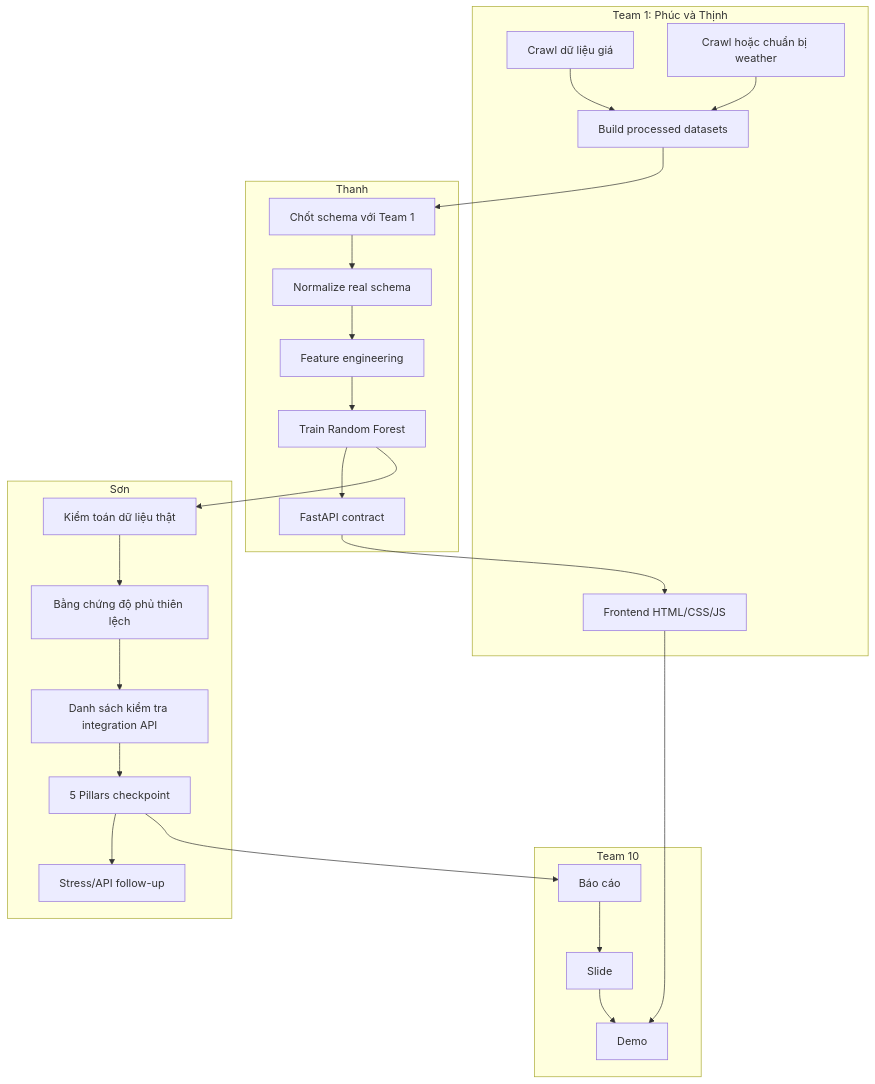
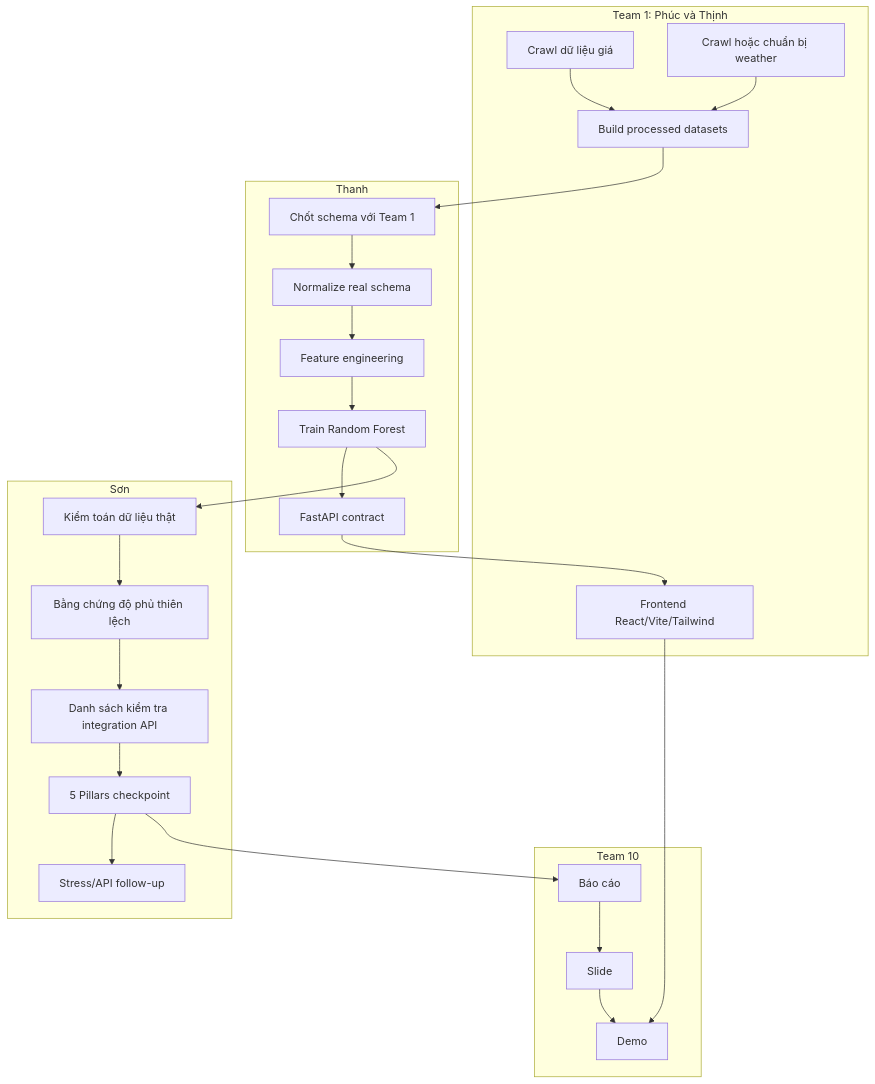
Before and after one commit to uit-25730067-chithanh/AI002-Team22-DT10: the fourth of 8 diagrams in docs/project-roadmap.md, drawn with Mermaid. The commit also changed other lines of this file and 5 other files, not shown here.

First line of the commit message:
docs(project): update codebase docs, roadmap, and presentation slides

````diff
--- a/docs/project-roadmap.md
+++ b/docs/project-roadmap.md
@@ -102,41 +102,41 @@
 ```mermaid
 flowchart TD
     subgraph T1[Team 1: Phúc và Thịnh]
         A1[Crawl dữ liệu giá]
         A2[Crawl hoặc chuẩn bị weather]
         A3[Build processed datasets]
-        A4[Frontend HTML/CSS/JS]
+        A4[Frontend React/Vite/Tailwind]
     end
 
     subgraph Thanh[Thanh]
         B1[Chốt schema với Team 1]
         B2[Normalize real schema]
         B3[Feature engineering]
         B4[Train Random Forest]
         B5[FastAPI contract]
     end
 
     subgraph Son[Sơn]
         C1[Kiểm toán dữ liệu thật]
         C2[Bằng chứng độ phủ thiên lệch]
         C3[Danh sách kiểm tra integration API]
         C4[5 Pillars checkpoint]
         C5[Stress/API follow-up]
     end
 
     subgraph Team[Team 10]
         D1[Báo cáo]
         D2[Slide]
         D3[Demo]
     end
 
     A1 --> A3
     A2 --> A3
     A3 --> B1
     B1 --> B2 --> B3 --> B4 --> B5
     B4 --> C1 --> C2 --> C3 --> C4 --> C5
     B5 --> A4
     C4 --> D1
     A4 --> D3
     D1 --> D2 --> D3
 ```
````
